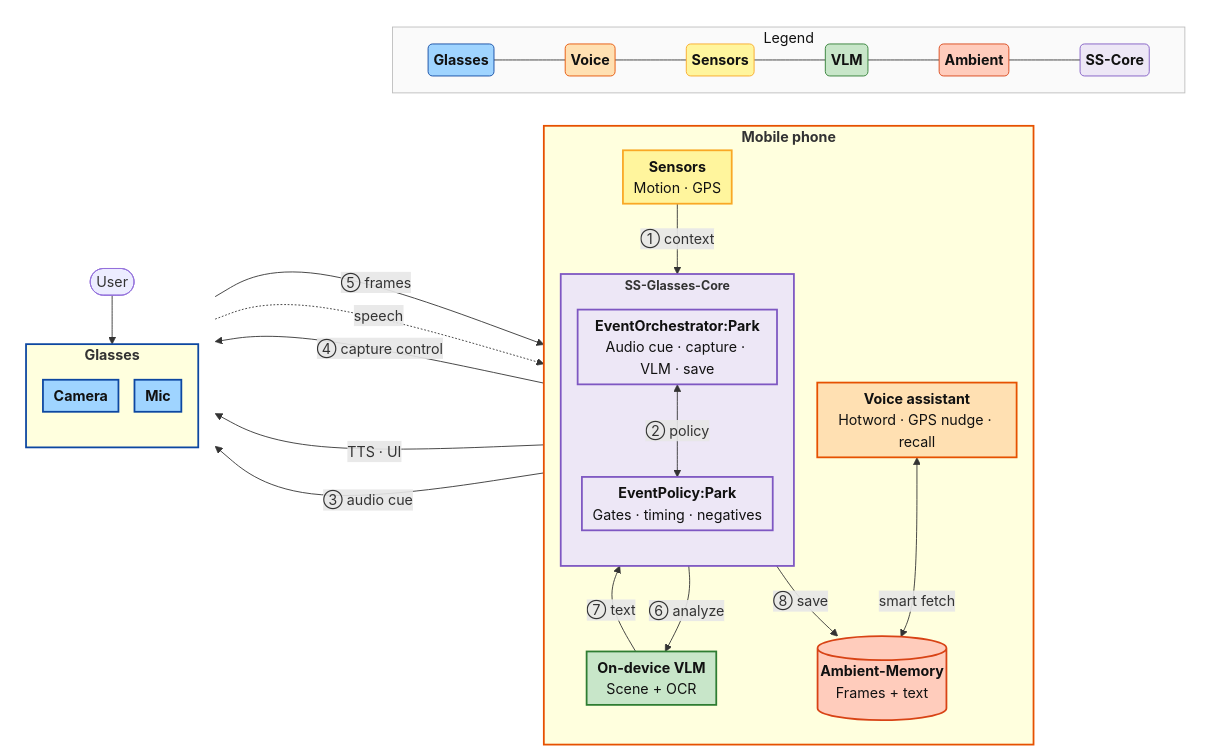
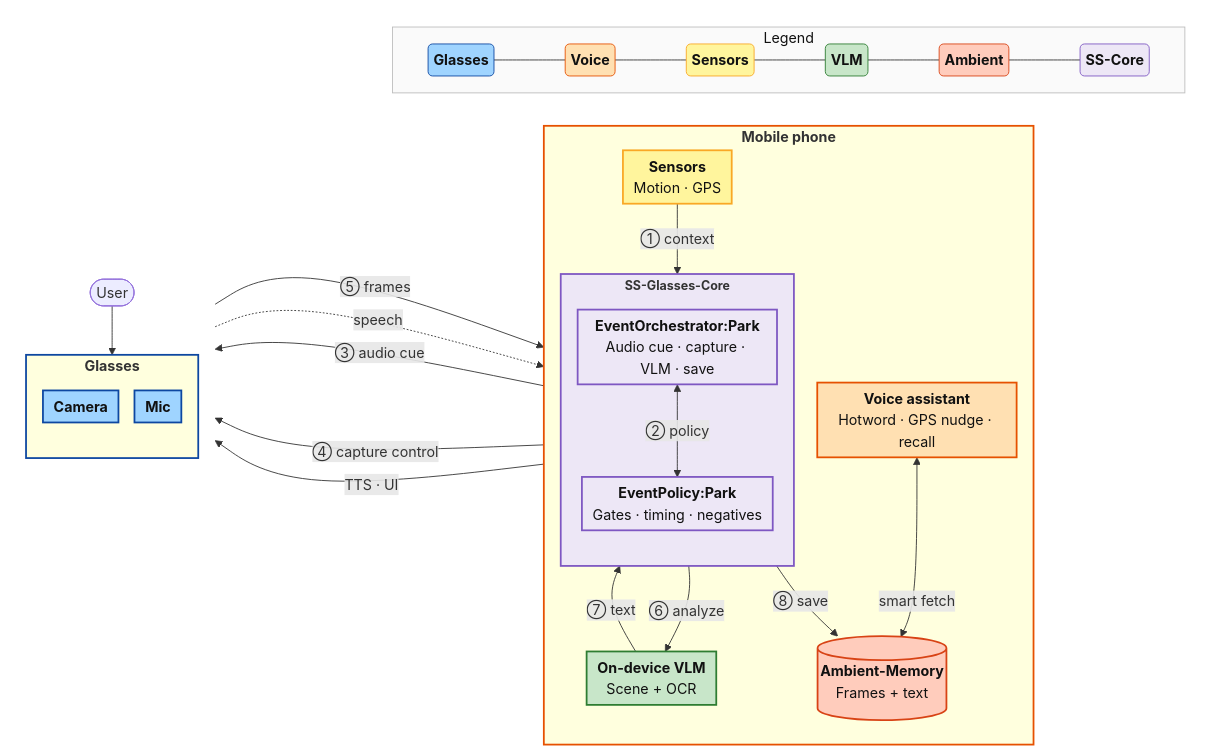
Before and after one commit to penkesiva/wer-26: the diagram in tmp/idea2_mark_car_parking_spot_architecture.mermaid, drawn with Mermaid. The commit also changed 2 other files, not shown here.

Commit message:
docs(idea2): fix audio cue target to Mic to preserve layout

```diff
--- a/tmp/idea2_mark_car_parking_spot_architecture.mermaid
+++ b/tmp/idea2_mark_car_parking_spot_architecture.mermaid
@@ -1,99 +1,99 @@
 ---
 config:
   flowchart:
     htmlLabels: true
     padding: 6
     nodeSpacing: 18
     rankSpacing: 30
 ---
 flowchart LR
  subgraph SSGC["<b><span style=font-size:14px>SS-Glasses-Core</span></b>"]
     direction TB
         PolicyCP["<b>EventPolicy:Park</b><br>Gates · timing · negatives"]
         OrchCP["<b>EventOrchestrator:Park</b><br>Audio cue · capture · VLM · save"]
   end
  subgraph Mobile["<b><span style=font-size:16px>Mobile phone</span></b>"]
     direction TB
         VA["<b>Voice assistant</b><br>Hotword · GPS nudge · recall"]
         Sens["<b>Sensors</b><br>Motion · GPS"]
         SSGC
         VLM["<b>On-device VLM</b><br>Scene + OCR"]
         AMEM[("<b>Ambient-Memory</b><br>Frames + text")]
   end
  subgraph Glasses["<b><span style=font-size:16px>Glasses</span></b>"]
     direction TB
         Cam["<b>Camera</b>"]
         Mic["<b>Mic</b>"]
   end
  subgraph GCol[" "]
     direction TB
         User(["User"])
         Glasses
   end
  subgraph LegendRow["Legend"]
     direction LR
         LgG("<b>Glasses</b>")
         LgM("<b>Voice</b>")
         LgSen("<b>Sensors</b>")
         LgL("<b>VLM</b>")
         LgA("<b>Ambient</b>")
         LgS("<b>SS-Core</b>")
   end
  subgraph BottomDeck[" "]
     direction RL
         LegendRow
   end
     LgG --- LgM
     LgM --- LgSen
     LgSen --- LgL
     LgL --- LgA
     LgA --- LgS
     Mobile ~~~ GCol
     GCol ~~~ BottomDeck
     Sens -- ① context --> OrchCP
     OrchCP <-- ② policy --> PolicyCP
-    OrchCP -- ③ audio cue --> Glasses
+    OrchCP -- ③ audio cue --> Mic
     OrchCP -- ④ capture control --> Cam
     Cam -- ⑤ frames --> OrchCP
     OrchCP -- ⑥ analyze --> VLM
     VLM -- ⑦ text --> OrchCP
     OrchCP -- ⑧ save --> AMEM
     User --> Mic
     Mic -. speech .-> VA
     VA -- TTS · UI --> Mic
     VA <-- smart fetch --> AMEM
 
      PolicyCP:::ssCoreLight
      OrchCP:::ssCoreLight
      VA:::mobile
      Sens:::sensors
      VLM:::onDeviceVlm
      AMEM:::ambientMem
      Cam:::glasses
      Mic:::glasses
      LgG:::legendGlasses
      LgM:::legendMobile
      LgSen:::legendSensors
      LgL:::legendVlm
      LgA:::legendAmbient
      LgS:::legendSS
      GCol:::colHidden
     classDef glasses fill:#9fd4ff,stroke:#0d47a1,color:#111,stroke-width:2px
     classDef mobile fill:#ffe0b2,stroke:#e65100,color:#111,stroke-width:2px
     classDef sensors fill:#fff59d,stroke:#f9a825,color:#111,stroke-width:2px
     classDef onDeviceVlm fill:#c8e6c9,stroke:#2e7d32,color:#111,stroke-width:2px
     classDef ambientMem fill:#ffccbc,stroke:#d84315,color:#111,stroke-width:2px
     classDef ssCoreLight fill:#ede7f6,stroke:#7e57c2,color:#111,stroke-width:2px
     classDef legendGlasses fill:#9fd4ff,stroke:#0d47a1,color:#111
     classDef legendMobile fill:#ffe0b2,stroke:#e65100,color:#111
     classDef legendSensors fill:#fff59d,stroke:#f9a825,color:#111
     classDef legendVlm fill:#c8e6c9,stroke:#2e7d32,color:#111
     classDef legendAmbient fill:#ffccbc,stroke:#d84315,color:#111
     classDef legendSS fill:#ede7f6,stroke:#7e57c2,color:#111
     classDef colHidden fill:none,stroke:none,color:#111
     style SSGC fill:#ede7f6,stroke:#7e57c2,stroke-width:2px
     style Glasses stroke:#0d47a1,stroke-width:2px
     style LegendRow fill:#fafafa,stroke:#bdbdbd,color:#111,stroke-width:1px
     style Mobile stroke:#e65100,stroke-width:2px
     style GCol fill:none,stroke:none
     style BottomDeck fill:none,stroke:none
```
